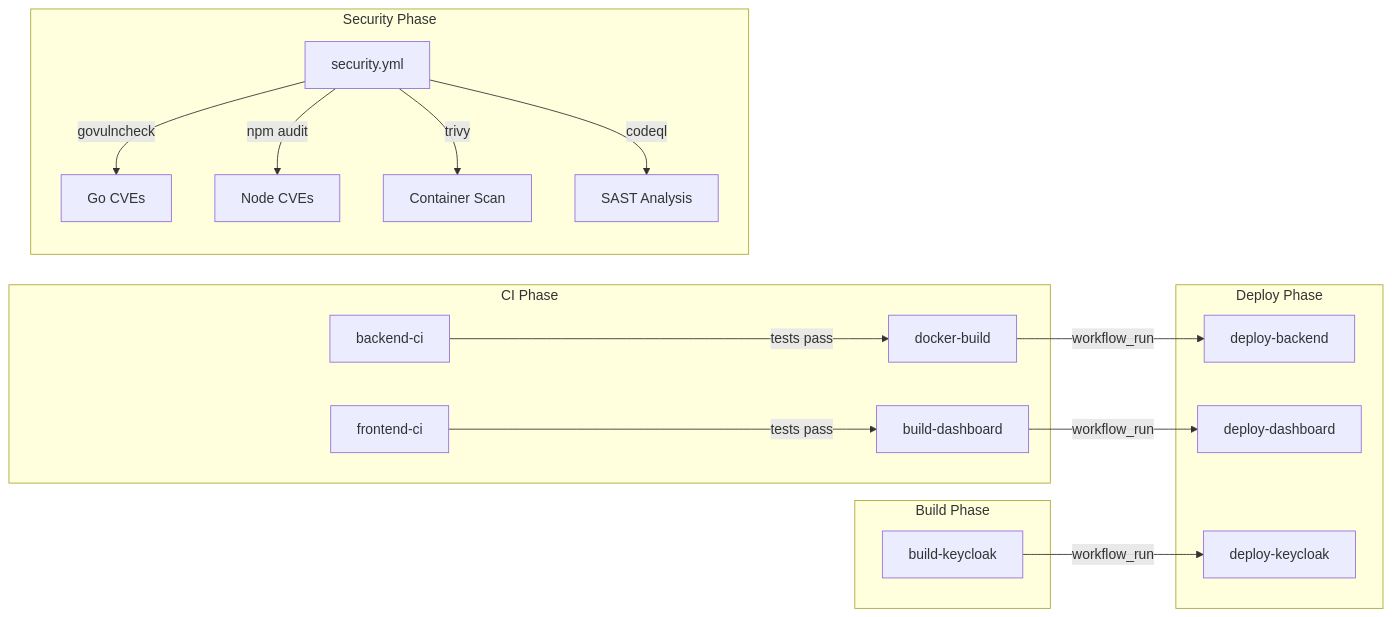
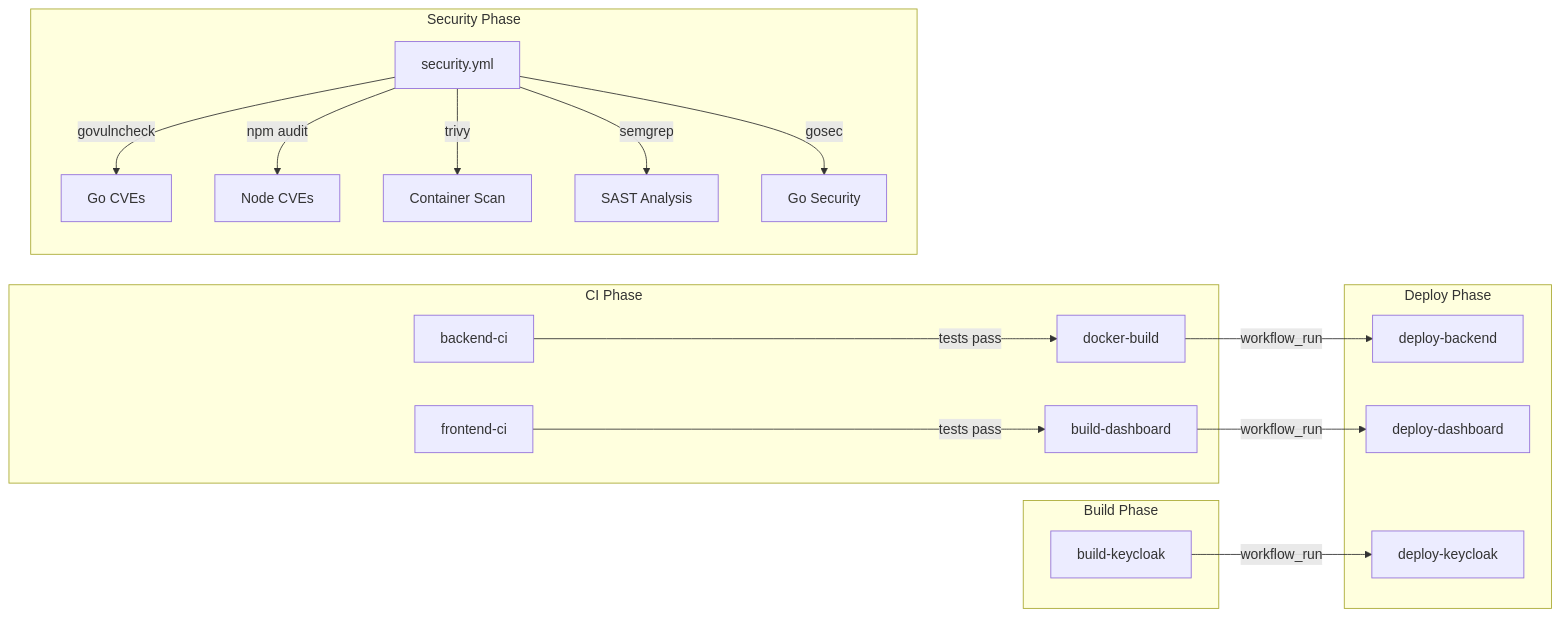
Before and after one commit to volaticloud/volaticloud: the second of 2 diagrams in docs/adr/0009-github-actions-architecture.md, drawn with Mermaid. The commit also changed other lines of this file and 3 other files, not shown here.

````diff
--- a/docs/adr/0009-github-actions-architecture.md
+++ b/docs/adr/0009-github-actions-architecture.md
@@ -105,27 +105,28 @@
 ```mermaid
 flowchart LR
     subgraph CI["CI Phase"]
         BC[backend-ci] --> |tests pass| DB
         FC[frontend-ci] --> |tests pass| BD
     end
 
     subgraph Build["Build Phase"]
         DB[docker-build]
         BD[build-dashboard]
         BK[build-keycloak]
     end
 
     subgraph Deploy["Deploy Phase"]
         DB --> |workflow_run| DEB[deploy-backend]
         BD --> |workflow_run| DED[deploy-dashboard]
         BK --> |workflow_run| DEK[deploy-keycloak]
     end
 
     subgraph Security["Security Phase"]
         SEC[security.yml]
         SEC --> |govulncheck| GO[Go CVEs]
         SEC --> |npm audit| NPM[Node CVEs]
         SEC --> |trivy| TRI[Container Scan]
-        SEC --> |codeql| CQL[SAST Analysis]
+        SEC --> |semgrep| SEM[SAST Analysis]
+        SEC --> |gosec| GSC[Go Security]
     end
 ```
````
